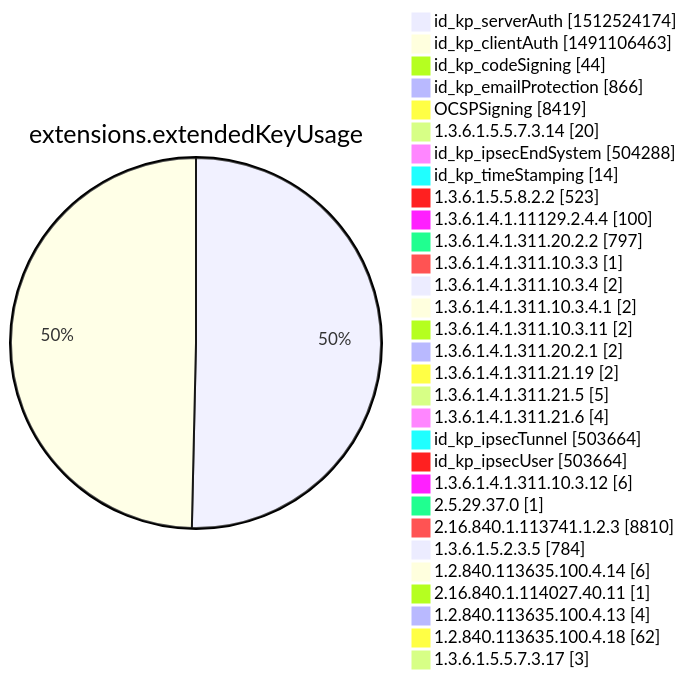
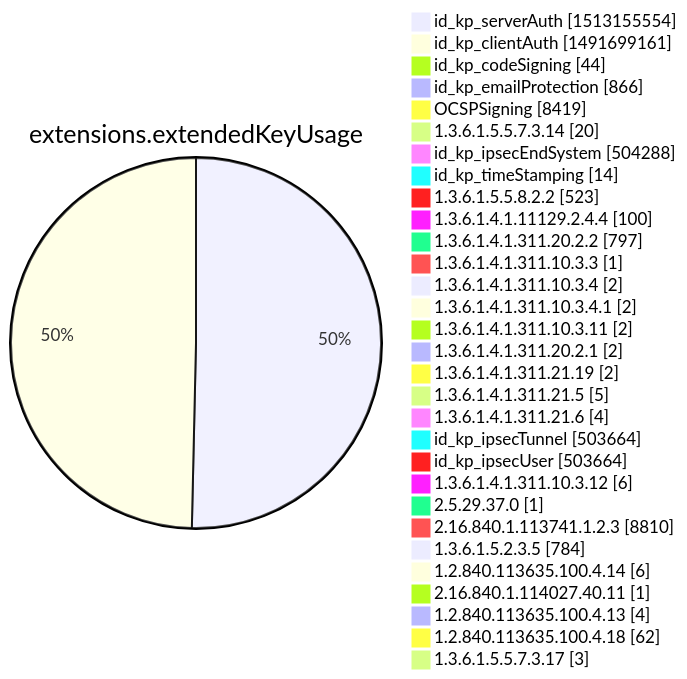
Before and after one commit to christiankrug/ctmonitor_visualization: diagram 12 of 15 in argon2022/README.md, drawn with Mermaid. The commit also changed other lines of this file, not shown here.

````diff
--- a/argon2022/README.md
+++ b/argon2022/README.md
@@ -3555,34 +3555,34 @@
 ```mermaid
 pie showData
 title extensions.extendedKeyUsage
-"id_kp_serverAuth" :1512524174
-"id_kp_clientAuth" :1491106463
+"id_kp_serverAuth" :1513155554
+"id_kp_clientAuth" :1491699161
 "id_kp_codeSigning" :44
 "id_kp_emailProtection" :866
 "OCSPSigning" :8419
 "1.3.6.1.5.5.7.3.14" :20
 "id_kp_ipsecEndSystem" :504288
 "id_kp_timeStamping" :14
 "1.3.6.1.5.5.8.2.2" :523
 "1.3.6.1.4.1.11129.2.4.4" :100
 "1.3.6.1.4.1.311.20.2.2" :797
 "1.3.6.1.4.1.311.10.3.3" :1
 "1.3.6.1.4.1.311.10.3.4" :2
 "1.3.6.1.4.1.311.10.3.4.1" :2
 "1.3.6.1.4.1.311.10.3.11" :2
 "1.3.6.1.4.1.311.20.2.1" :2
 "1.3.6.1.4.1.311.21.19" :2
 "1.3.6.1.4.1.311.21.5" :5
 "1.3.6.1.4.1.311.21.6" :4
 "id_kp_ipsecTunnel" :503664
 "id_kp_ipsecUser" :503664
 "1.3.6.1.4.1.311.10.3.12" :6
 "2.5.29.37.0" :1
 "2.16.840.1.113741.1.2.3" :8810
 "1.3.6.1.5.2.3.5" :784
 "1.2.840.113635.100.4.14" :6
 "2.16.840.1.114027.40.11" :1
 "1.2.840.113635.100.4.13" :4
 "1.2.840.113635.100.4.18" :62
 "1.3.6.1.5.5.7.3.17" :3
 ```
````
